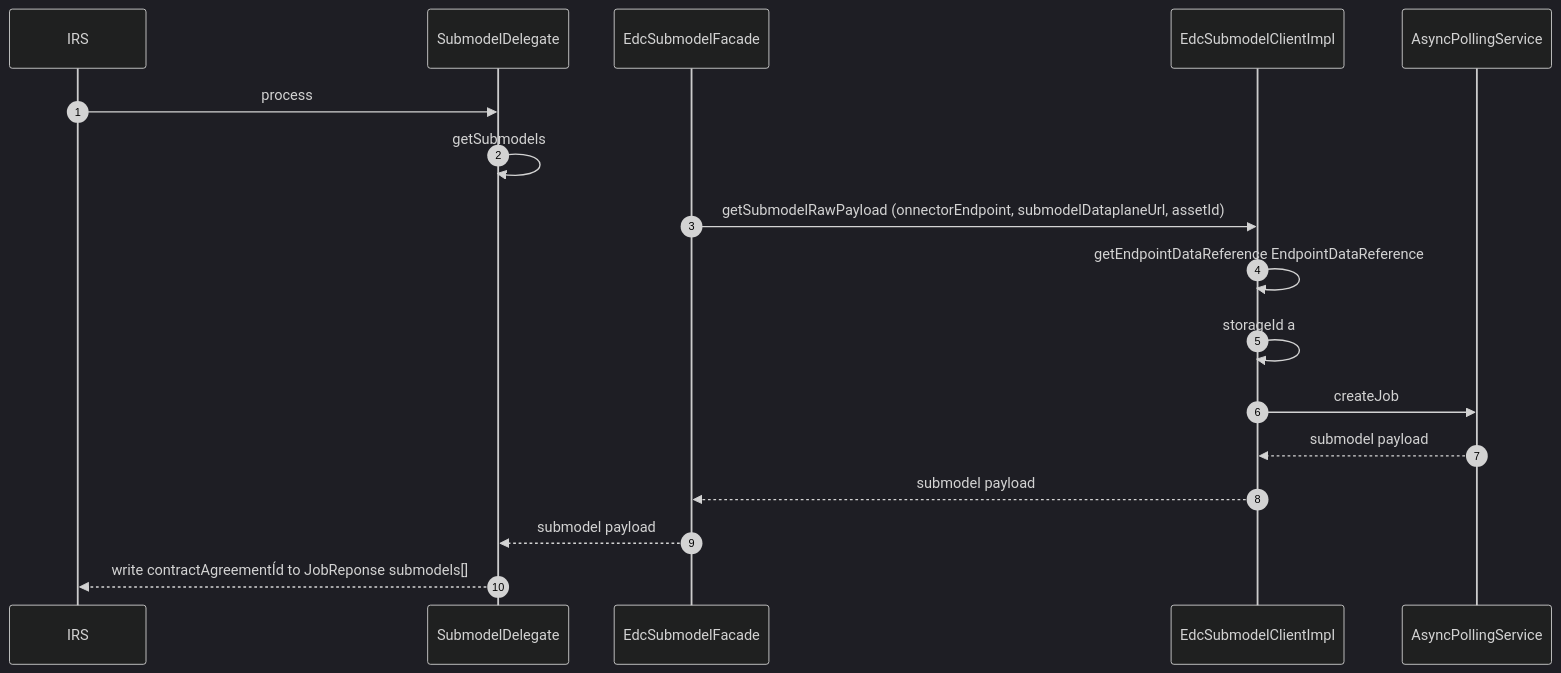
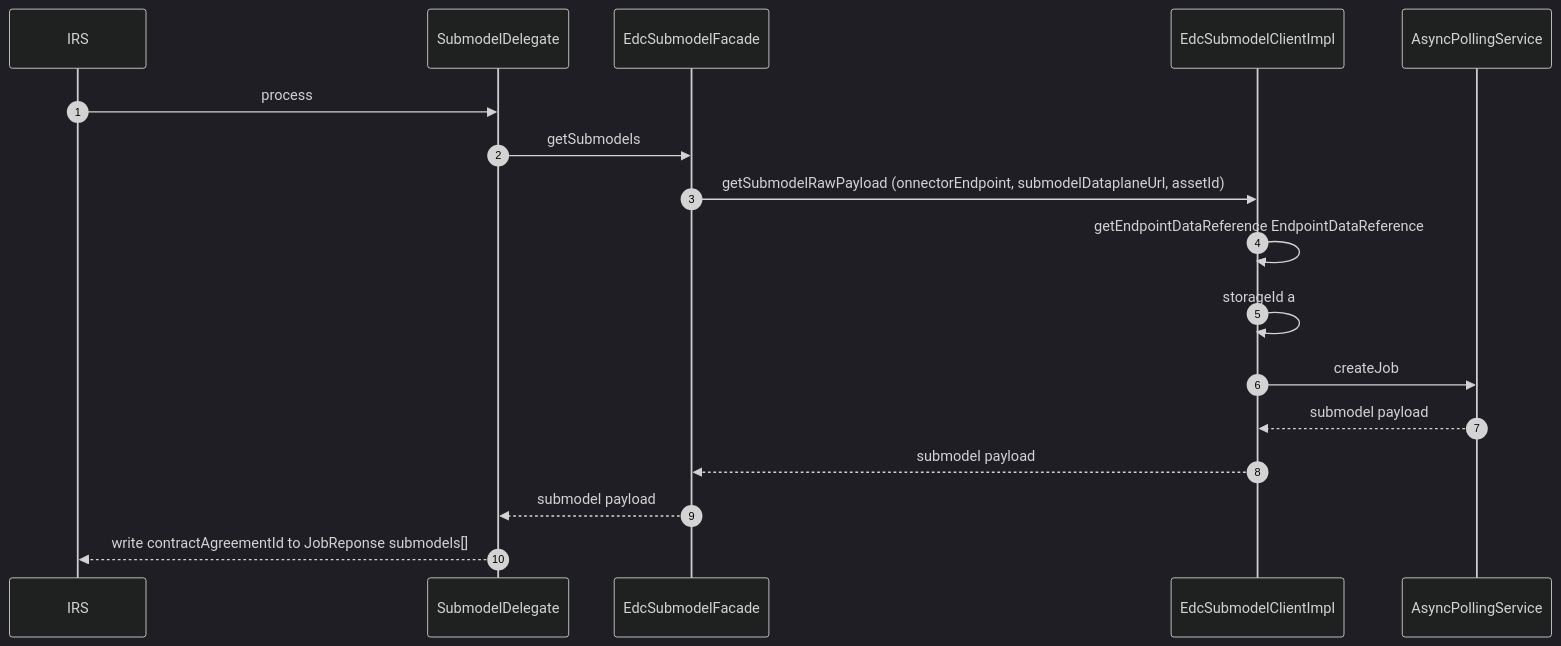
The second of 4 diagrams in docs/concept/#322-Provisioning-of-contractAgreementId-for-assets/#322-Provisioning-of-contractAgreementId-for-assets.md (eclipse-tractusx/item-relationship-service), drawn with Mermaid before and after one commit. The commit also changed other lines of this file, not shown here.

`````diff
--- a/docs/concept/#322-Provisioning-of-contractAgreementId-for-assets/#322-Provisioning-of-contractAgreementId-for-assets.md
+++ b/docs/concept/#322-Provisioning-of-contractAgreementId-for-assets/#322-Provisioning-of-contractAgreementId-for-assets.md
@@ -116,16 +116,16 @@
 ````mermaid
 
 sequenceDiagram
     %%{init: {'theme': 'dark', 'themeVariables': { 'fontSize': '15px'}}}%%
     autonumber
     IRS ->> SubmodelDelegate : process 
-    SubmodelDelegate ->> SubmodelDelegate : getSubmodels
+    SubmodelDelegate ->> EdcSubmodelFacade : getSubmodels
     EdcSubmodelFacade ->> EdcSubmodelClientImpl : getSubmodelRawPayload (onnectorEndpoint, submodelDataplaneUrl, assetId)
     EdcSubmodelClientImpl ->> EdcSubmodelClientImpl : getEndpointDataReference EndpointDataReference
     EdcSubmodelClientImpl ->> EdcSubmodelClientImpl: storageId a
     EdcSubmodelClientImpl  ->>   AsyncPollingService : createJob 
     AsyncPollingService -->>  EdcSubmodelClientImpl: submodel payload 
     EdcSubmodelClientImpl -->> EdcSubmodelFacade : submodel payload
     EdcSubmodelFacade -->> SubmodelDelegate: submodel payload
-    SubmodelDelegate -->> IRS: write contractAgreementÍd to JobReponse submodels[]
+    SubmodelDelegate -->> IRS: write contractAgreementId to JobReponse submodels[]
 ````
`````
